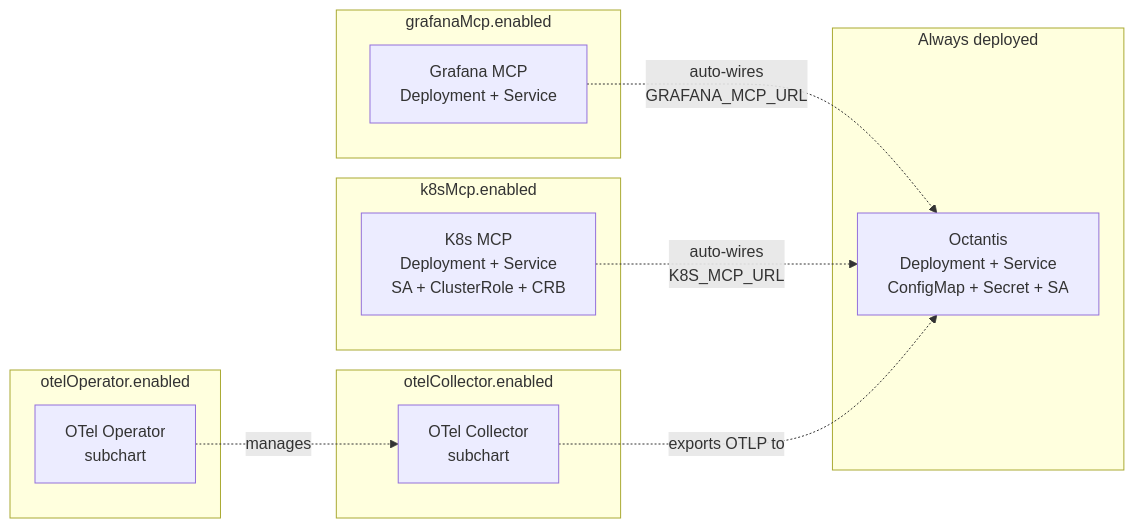
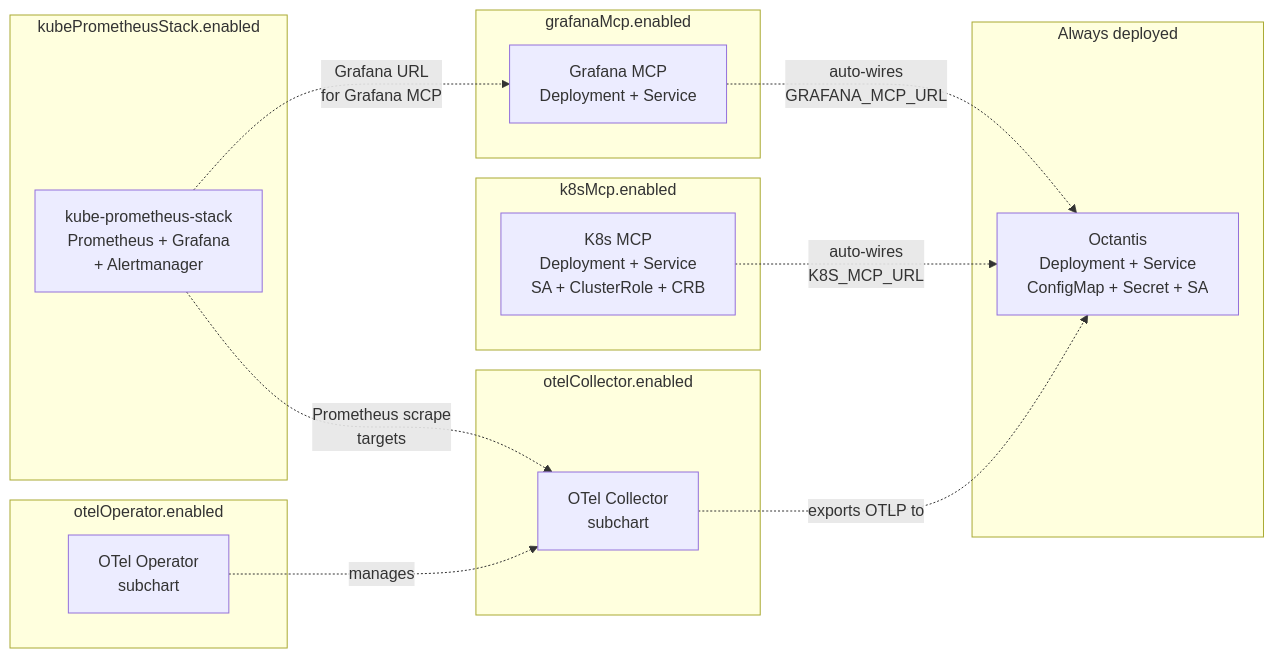
Before and after one commit to Vinny1892/octantis: the diagram in charts/octantis/README.md, drawn with Mermaid. The commit also changed other lines of this file and 24 other files, not shown here.

First line of the commit message:
feat(helm): add kube-prometheus-stack as conditional subchart

````diff
--- a/charts/octantis/README.md
+++ b/charts/octantis/README.md
@@ -30,27 +30,33 @@
 ```mermaid
 graph LR
     subgraph "Always deployed"
         OCT["Octantis<br/>Deployment + Service<br/>ConfigMap + Secret + SA"]
     end
 
     subgraph "grafanaMcp.enabled"
         GMCP["Grafana MCP<br/>Deployment + Service"]
     end
 
     subgraph "k8sMcp.enabled"
         KMCP["K8s MCP<br/>Deployment + Service<br/>SA + ClusterRole + CRB"]
     end
 
     subgraph "otelCollector.enabled"
         OTEL["OTel Collector<br/>subchart"]
     end
 
     subgraph "otelOperator.enabled"
         OP["OTel Operator<br/>subchart"]
     end
 
+    subgraph "kubePrometheusStack.enabled"
+        KPS["kube-prometheus-stack<br/>Prometheus + Grafana<br/>+ Alertmanager"]
+    end
+
     GMCP -.->|auto-wires<br/>GRAFANA_MCP_URL| OCT
     KMCP -.->|auto-wires<br/>K8S_MCP_URL| OCT
     OTEL -.->|exports OTLP to| OCT
     OP -.->|manages| OTEL
+    KPS -.->|Grafana URL<br/>for Grafana MCP| GMCP
+    KPS -.->|Prometheus scrape<br/>targets| OTEL
 ```
````
